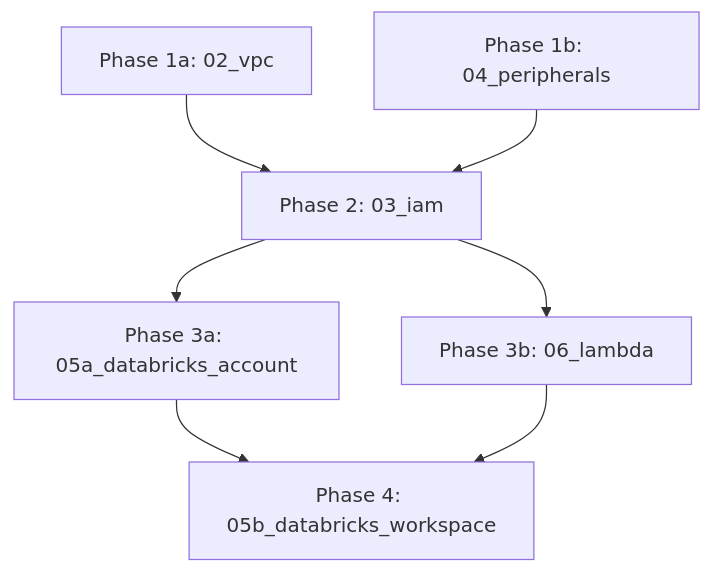
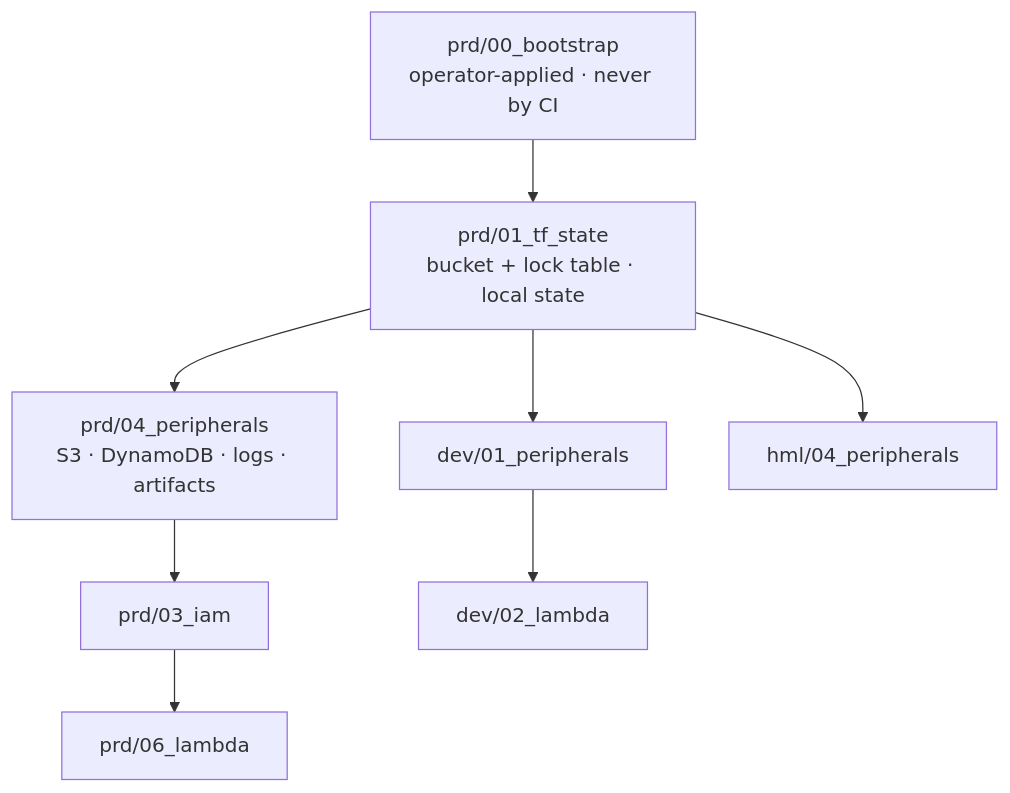
One commit to marcoaureliomenezes/dd_chain_explorer changed the third of 3 diagrams in specs/memory/architecture.md. Above: the diagram before and after it, drawn with Mermaid. The commit also changed other lines of this file and 10 other files, not shown here.

````diff
--- a/specs/memory/architecture.md
+++ b/specs/memory/architecture.md
@@ -145,8 +155,8 @@
 ```mermaid
 flowchart TD
-  P1A["Phase 1a: 02_vpc"] & P1B["Phase 1b: 04_peripherals"] --> P2
-  P2["Phase 2: 03_iam"] --> P3A & P3B
-  P3A["Phase 3a: 05a_databricks_account"]
-  P3B["Phase 3b: 06_lambda"]
-  P3A & P3B --> P4["Phase 4: 05b_databricks_workspace"]
+  BOOT["prd/00_bootstrap<br/>operator-applied · never by CI"] --> STATE["prd/01_tf_state<br/>bucket + lock table · local state"]
+  STATE --> P1["prd/04_peripherals<br/>S3 · DynamoDB · logs · artifacts"]
+  STATE --> DEV1["dev/01_peripherals"] & HML["hml/04_peripherals"]
+  P1 --> P2["prd/03_iam"] --> P3["prd/06_lambda"]
+  DEV1 --> DEV2["dev/02_lambda"]
 ```
````
